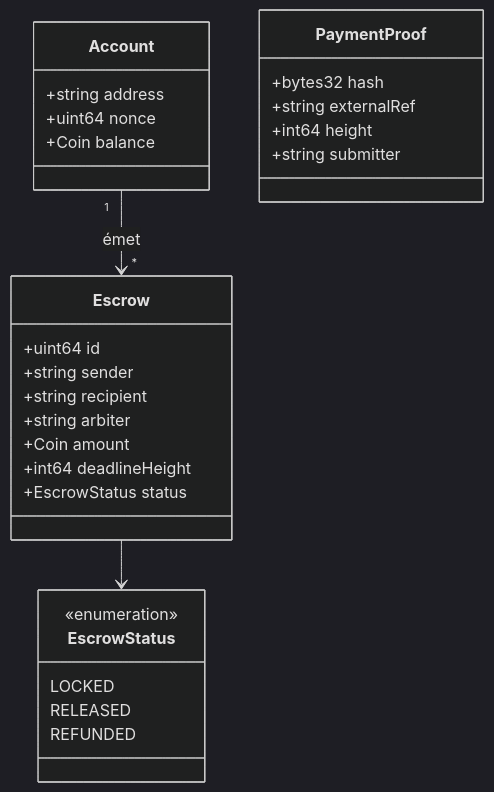
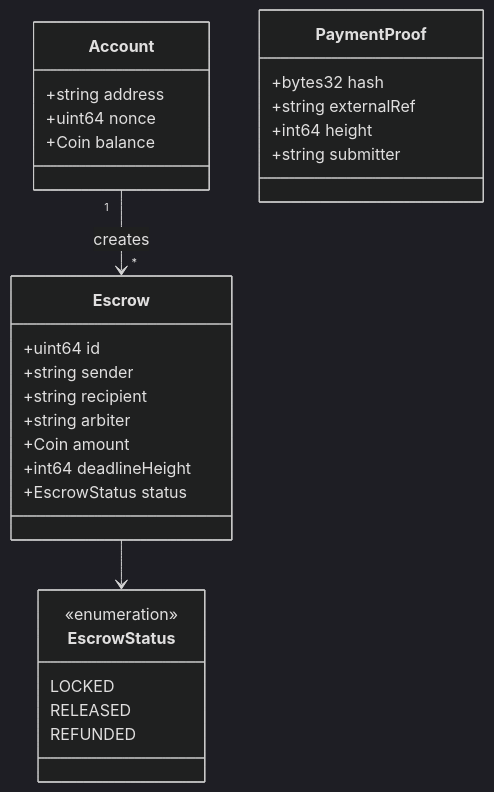
One commit to joeylukoji/Aurix changed the second of 6 diagrams in docs/architecture/services.md. Above: the diagram before and after it, drawn with Mermaid (dark theme). The commit also changed other lines of this file and 6 other files, not shown here.

````diff
--- a/docs/architecture/services.md
+++ b/docs/architecture/services.md
@@ -45,31 +45,31 @@
 ```mermaid
 classDiagram
     class Account {
         +string address
         +uint64 nonce
         +Coin balance
     }
     class Escrow {
         +uint64 id
         +string sender
         +string recipient
         +string arbiter
         +Coin amount
         +int64 deadlineHeight
         +EscrowStatus status
     }
     class EscrowStatus {
         <<enumeration>>
         LOCKED
         RELEASED
         REFUNDED
     }
     class PaymentProof {
         +bytes32 hash
         +string externalRef
         +int64 height
         +string submitter
     }
-    Account "1" --> "*" Escrow : émet
+    Account "1" --> "*" Escrow : creates
     Escrow --> EscrowStatus
 ```
````
